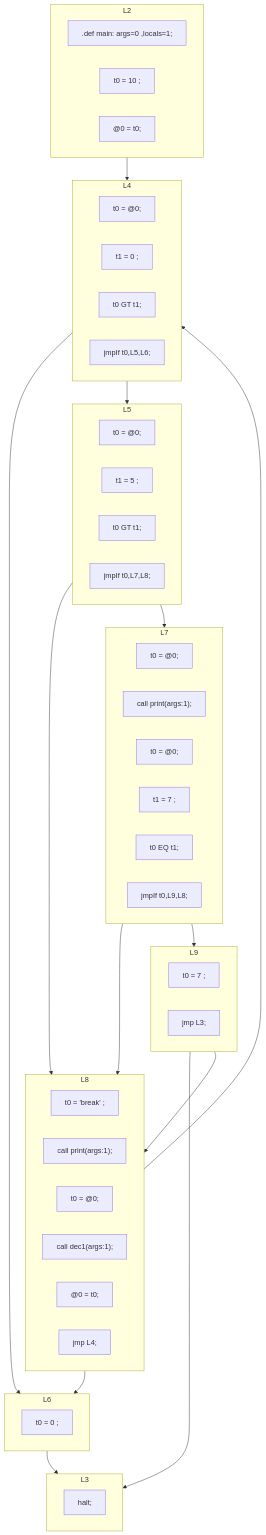
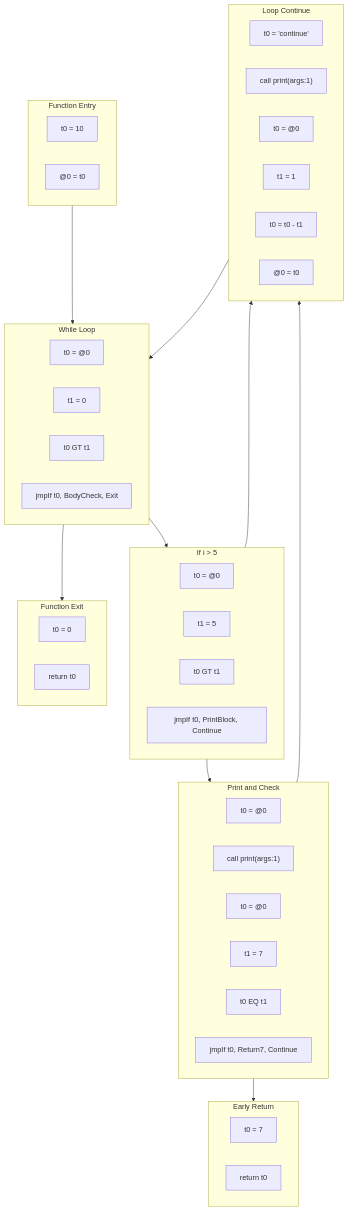
The second of 2 diagrams in ep20/README.md (whtoo/How_to_implment_PL_in_Antlr4), drawn with Mermaid before and after one commit. The commit also changed other lines of this file and 76 other files, not shown here.

````diff
--- a/ep20/README.md
+++ b/ep20/README.md
@@ -135,58 +152,58 @@
 ```mermaid
 graph TD
-subgraph L9
-Q0["t0 =  7 ;"]
-Q1["jmp L3;"]
-end
-subgraph L8
-Q2["t0 =  'break' ;"]
-Q3["call print(args:1);"]
-Q4["t0 = @0;"]
-Q5["call dec1(args:1);"]
-Q6["@0 = t0;"]
-Q7["jmp L4;"]
-end
-subgraph L7
-Q8["t0 = @0;"]
-Q9["call print(args:1);"]
-Q10["t0 = @0;"]
-Q11["t1 =  7 ;"]
-Q12["t0 EQ t1;"]
-Q13["jmpIf t0,L9,L8;"]
-end
-subgraph L6
-Q14["t0 =  0 ;"]
-end
-subgraph L5
-Q15["t0 = @0;"]
-Q16["t1 =  5 ;"]
-Q17["t0 GT t1;"]
-Q18["jmpIf t0,L7,L8;"]
-end
-subgraph L4
-Q19["t0 = @0;"]
-Q20["t1 =  0 ;"]
-Q21["t0 GT t1;"]
-Q22["jmpIf t0,L5,L6;"]
-end
-subgraph L3
-Q23["halt;"]
-end
-subgraph L2
-Q24[".def main: args=0 ,locals=1;"]
-Q25["t0 =  10 ;"]
-Q26["@0 = t0;"]
-end
-L2 --> L4
-L4 --> L6
-L4 --> L5
-L5 --> L8
-L5 --> L7
-L7 --> L8
-L7 --> L9
-L9 --> L3
-L9 --> L8
-L8 --> L4
-L8 --> L6
-L6 --> L3
+    subgraph Entry["Function Entry"]
+        A["t0 = 10"]
+        B["@0 = t0"]
+    end
+    
+    subgraph Loop["While Loop"]
+        C["t0 = @0"]
+        D["t1 = 0"]
+        E["t0 GT t1"]
+        F["jmpIf t0, BodyCheck, Exit"]
+    end
+    
+    subgraph BodyCheck["If i > 5"]
+        G["t0 = @0"]
+        H["t1 = 5"]
+        I["t0 GT t1"]
+        J["jmpIf t0, PrintBlock, Continue"]
+    end
+    
+    subgraph PrintBlock["Print and Check"]
+        K["t0 = @0"]
+        L["call print(args:1)"]
+        M["t0 = @0"]
+        N["t1 = 7"]
+        O["t0 EQ t1"]
+        P["jmpIf t0, Return7, Continue"]
+    end
+    
+    subgraph Return7["Early Return"]
+        Q["t0 = 7"]
+        R["return t0"]
+    end
+    
+    subgraph Continue["Loop Continue"]
+        S["t0 = 'continue'"]
+        T["call print(args:1)"]
+        U["t0 = @0"]
+        V["t1 = 1"]
+        W["t0 = t0 - t1"]
+        X["@0 = t0"]
+    end
+    
+    subgraph Exit["Function Exit"]
+        Y["t0 = 0"]
+        Z["return t0"]
+    end
+    
+    Entry --> Loop
+    Loop --> BodyCheck
+    Loop --> Exit
+    BodyCheck --> PrintBlock
+    BodyCheck --> Continue
+    PrintBlock --> Return7
+    PrintBlock --> Continue
+    Continue --> Loop
 ```
````
